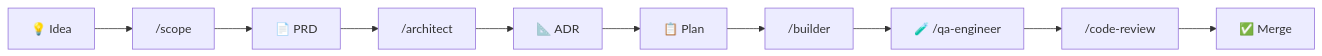
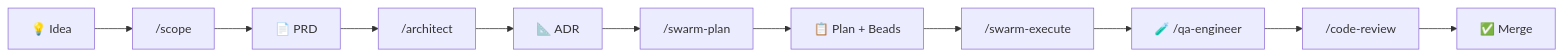
One commit to nguyenhuuca/assessment changed the diagram in docs/flow-scope-to-implement.md. Above: the diagram before and after it, drawn with Mermaid. The commit also changed other lines of this file, not shown here.

First line of the commit message:
docs: update flow-scope-to-implement with /swarm-plan step

````diff
--- a/docs/flow-scope-to-implement.md
+++ b/docs/flow-scope-to-implement.md
@@ -9,12 +9,13 @@
 ```mermaid
 graph LR
     A["💡 Idea"] --> B["/scope"]
     B --> C["📄 PRD"]
     C --> D["/architect"]
     D --> E["📐 ADR"]
-    E --> F["📋 Plan"]
-    F --> G["/builder"]
-    G --> H["🧪 /qa-engineer"]
-    H --> I["/code-review"]
-    I --> J["✅ Merge"]
+    E --> F["/swarm-plan"]
+    F --> G["📋 Plan + Beads"]
+    G --> H["/swarm-execute"]
+    H --> I["🧪 /qa-engineer"]
+    I --> J["/code-review"]
+    J --> K["✅ Merge"]
 ```
````
